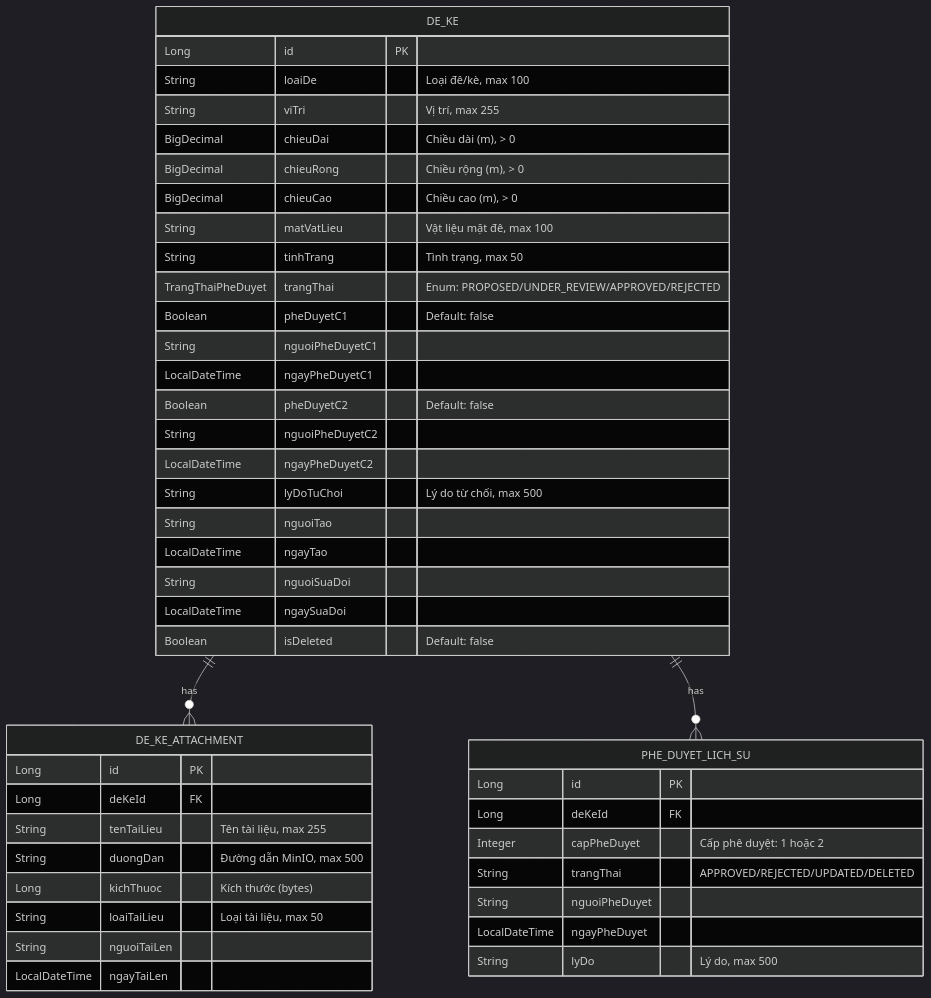
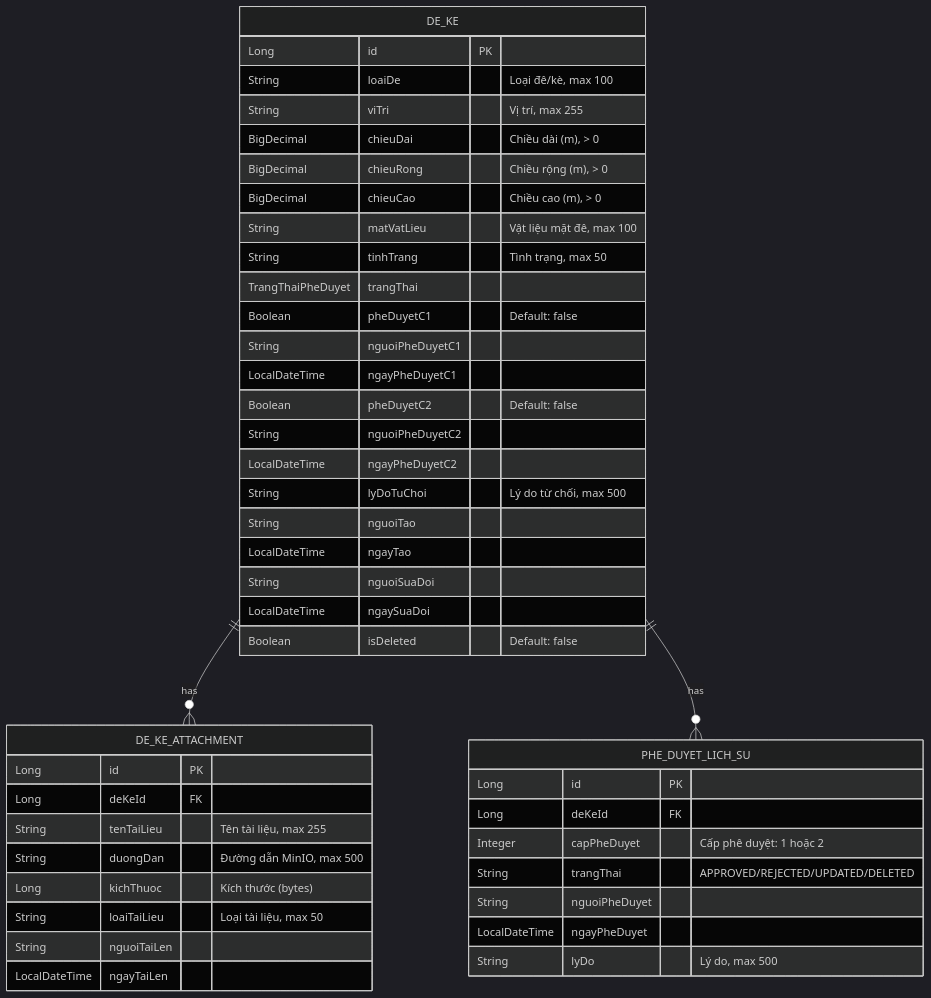
The fourth of 7 diagrams in docs/modules/M-003-quan-ly-tai-san-kchtgt-khu-nuoc-vts/DESIGN.md (trangg21-bit/hang-hai-kchtgt), drawn with Mermaid (dark theme) before and after one commit. The commit also changed other lines of this file and 57 other files, not shown here.

````diff
--- a/docs/modules/M-003-quan-ly-tai-san-kchtgt-khu-nuoc-vts/DESIGN.md
+++ b/docs/modules/M-003-quan-ly-tai-san-kchtgt-khu-nuoc-vts/DESIGN.md
@@ -490,50 +391,50 @@
 ```mermaid
 erDiagram
     DE_KE ||--o{ DE_KE_ATTACHMENT : "has"
     DE_KE ||--o{ PHE_DUYET_LICH_SU : "has"
 
     DE_KE {
         Long id PK
         String loaiDe "Loại đê/kè, max 100"
         String viTri "Vị trí, max 255"
         BigDecimal chieuDai "Chiều dài (m), > 0"
         BigDecimal chieuRong "Chiều rộng (m), > 0"
         BigDecimal chieuCao "Chiều cao (m), > 0"
         String matVatLieu "Vật liệu mặt đê, max 100"
         String tinhTrang "Tình trạng, max 50"
-        TrangThaiPheDuyet trangThai "Enum: PROPOSED/UNDER_REVIEW/APPROVED/REJECTED"
+        TrangThaiPheDuyet trangThai
         Boolean pheDuyetC1 "Default: false"
         String nguoiPheDuyetC1
         LocalDateTime ngayPheDuyetC1
         Boolean pheDuyetC2 "Default: false"
         String nguoiPheDuyetC2
         LocalDateTime ngayPheDuyetC2
         String lyDoTuChoi "Lý do từ chối, max 500"
         String nguoiTao
         LocalDateTime ngayTao
         String nguoiSuaDoi
         LocalDateTime ngaySuaDoi
         Boolean isDeleted "Default: false"
     }
 
     DE_KE_ATTACHMENT {
         Long id PK
         Long deKeId FK
         String tenTaiLieu "Tên tài liệu, max 255"
         String duongDan "Đường dẫn MinIO, max 500"
         Long kichThuoc "Kích thước (bytes)"
         String loaiTaiLieu "Loại tài liệu, max 50"
         String nguoiTaiLen
         LocalDateTime ngayTaiLen
     }
 
     PHE_DUYET_LICH_SU {
         Long id PK
         Long deKeId FK
         Integer capPheDuyet "Cấp phê duyệt: 1 hoặc 2"
         String trangThai "APPROVED/REJECTED/UPDATED/DELETED"
         String nguoiPheDuyet
         LocalDateTime ngayPheDuyet
         String lyDo "Lý do, max 500"
     }
 ```
````
